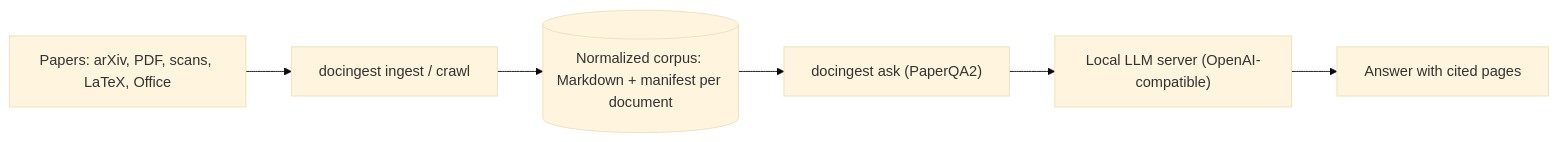
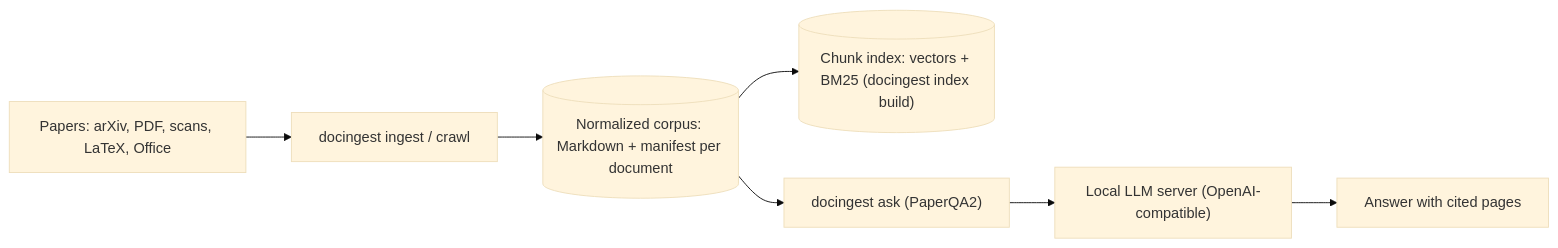
One commit to etxsA/doc-ingest changed the diagram in README.md. Above: the diagram before and after it, drawn with Mermaid (base theme). The commit also changed other lines of this file and 10 other files, not shown here.

First line of the commit message:
docs: ADR 0004, docingest-index README and the [index] config reference

````diff
--- a/README.md
+++ b/README.md
@@ -16,8 +16,9 @@
 ```mermaid
 flowchart LR
     SRC["Papers: arXiv, PDF, scans, LaTeX, Office"] --> ING["docingest ingest / crawl"]
     ING --> CORPUS[("Normalized corpus: Markdown + manifest per document")]
+    CORPUS --> IDX[("Chunk index: vectors + BM25 (docingest index build)")]
     CORPUS --> ASK["docingest ask (PaperQA2)"]
     ASK --> LLM["Local LLM server (OpenAI-compatible)"]
     LLM --> ANS["Answer with cited pages"]
 ```
````
